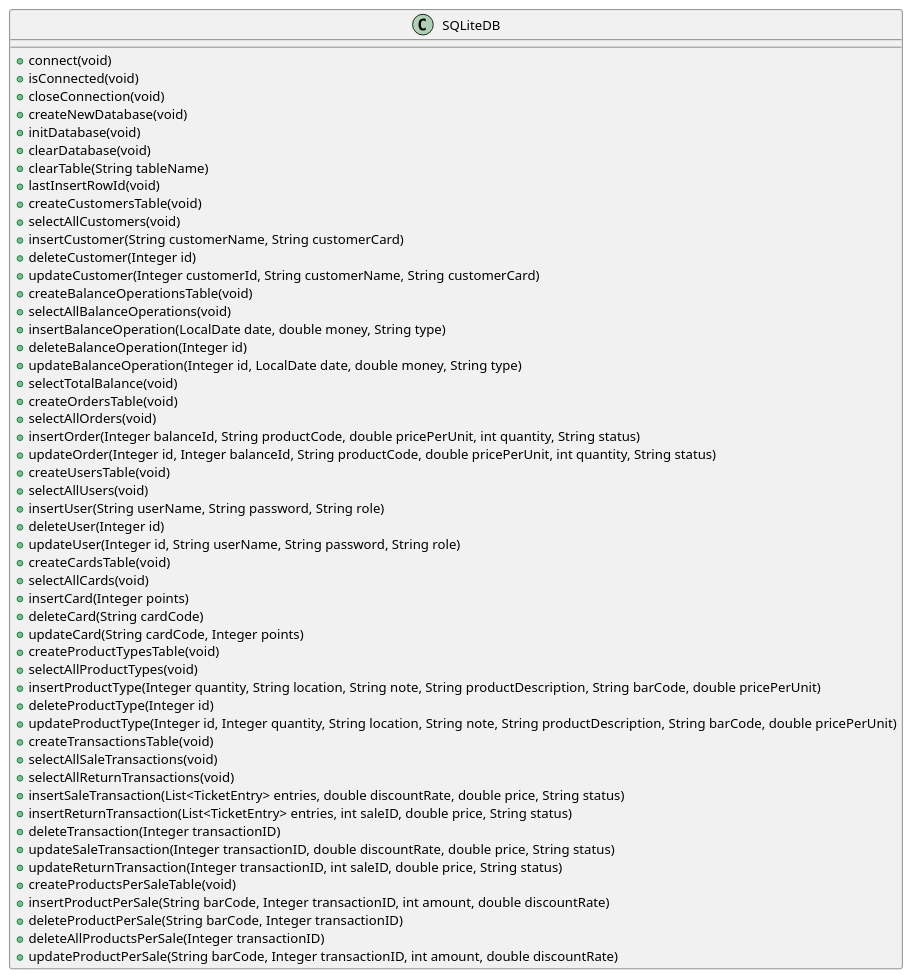
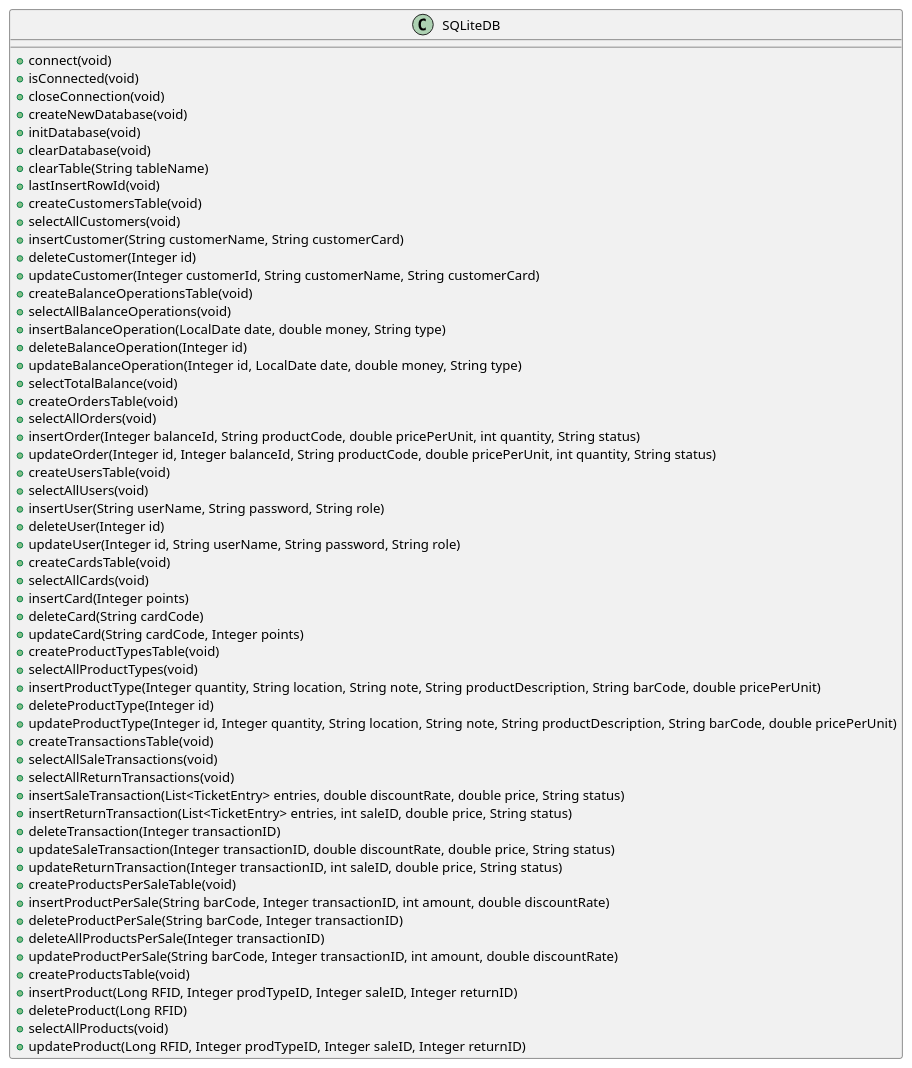
One commit to Stormz4/group20-EzShop changed the fourth of 27 diagrams in Deliverables/DesignDocument.md. Above: the diagram before and after it, drawn with PlantUML. The commit also changed other lines of this file, not shown here.

Commit message:
Doc: RFID update

````diff
--- a/Deliverables/DesignDocument.md
+++ b/Deliverables/DesignDocument.md
@@ -335,57 +349,62 @@
 ```plantuml
 @startuml
 Class SQLiteDB {
     +connect(void)
     +isConnected(void)
     +closeConnection(void)
     +createNewDatabase(void)
     +initDatabase(void)
     +clearDatabase(void)
     +clearTable(String tableName)
     +lastInsertRowId(void)
     +createCustomersTable(void)
     +selectAllCustomers(void)
     +insertCustomer(String customerName, String customerCard)
     +deleteCustomer(Integer id)
     +updateCustomer(Integer customerId, String customerName, String customerCard)
     +createBalanceOperationsTable(void)
     +selectAllBalanceOperations(void)
     +insertBalanceOperation(LocalDate date, double money, String type)
     +deleteBalanceOperation(Integer id)
     +updateBalanceOperation(Integer id, LocalDate date, double money, String type)
     +selectTotalBalance(void)
     +createOrdersTable(void)
     +selectAllOrders(void)
     +insertOrder(Integer balanceId, String productCode, double pricePerUnit, int quantity, String status)
     +updateOrder(Integer id, Integer balanceId, String productCode, double pricePerUnit, int quantity, String status)
     +createUsersTable(void)
     +selectAllUsers(void)
     +insertUser(String userName, String password, String role)
     +deleteUser(Integer id)
     +updateUser(Integer id, String userName, String password, String role)
     +createCardsTable(void)
     +selectAllCards(void)
     +insertCard(Integer points)
     +deleteCard(String cardCode)
     +updateCard(String cardCode, Integer points)
     +createProductTypesTable(void)
     +selectAllProductTypes(void)
     +insertProductType(Integer quantity, String location, String note, String productDescription, String barCode, double pricePerUnit)
     +deleteProductType(Integer id)
     +updateProductType(Integer id, Integer quantity, String location, String note, String productDescription, String barCode, double pricePerUnit)
     +createTransactionsTable(void)
     +selectAllSaleTransactions(void)
     +selectAllReturnTransactions(void)
     +insertSaleTransaction(List<TicketEntry> entries, double discountRate, double price, String status)
     +insertReturnTransaction(List<TicketEntry> entries, int saleID, double price, String status)
     +deleteTransaction(Integer transactionID)
     +updateSaleTransaction(Integer transactionID, double discountRate, double price, String status)
     +updateReturnTransaction(Integer transactionID, int saleID, double price, String status)
     +createProductsPerSaleTable(void)
     +insertProductPerSale(String barCode, Integer transactionID, int amount, double discountRate)
     +deleteProductPerSale(String barCode, Integer transactionID)
     +deleteAllProductsPerSale(Integer transactionID)
     +updateProductPerSale(String barCode, Integer transactionID, int amount, double discountRate)
+    +createProductsTable(void)
+    +insertProduct(Long RFID, Integer prodTypeID, Integer saleID, Integer returnID)
+    +deleteProduct(Long RFID)
+    +selectAllProducts(void)
+    +updateProduct(Long RFID, Integer prodTypeID, Integer saleID, Integer returnID)
 }
 @enduml
  ```
````
